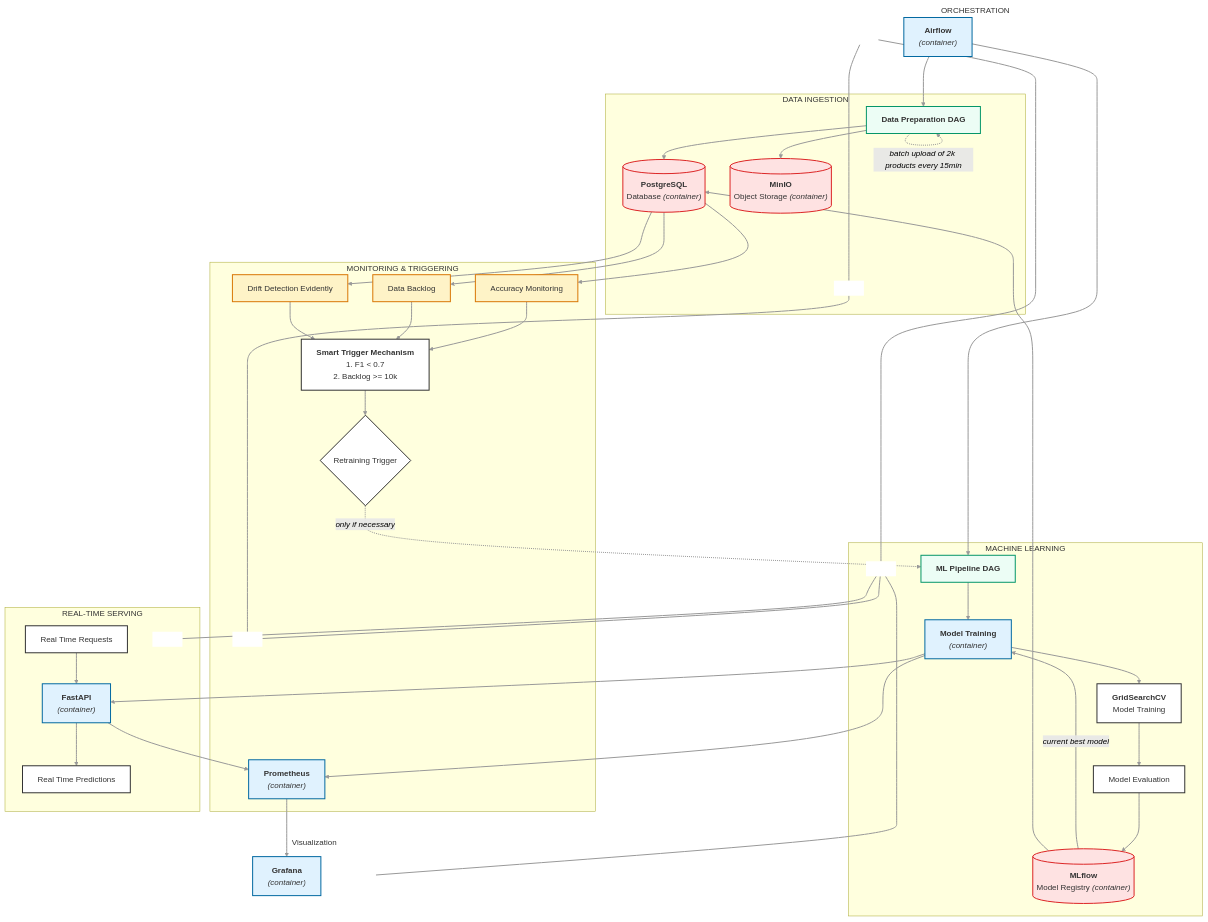
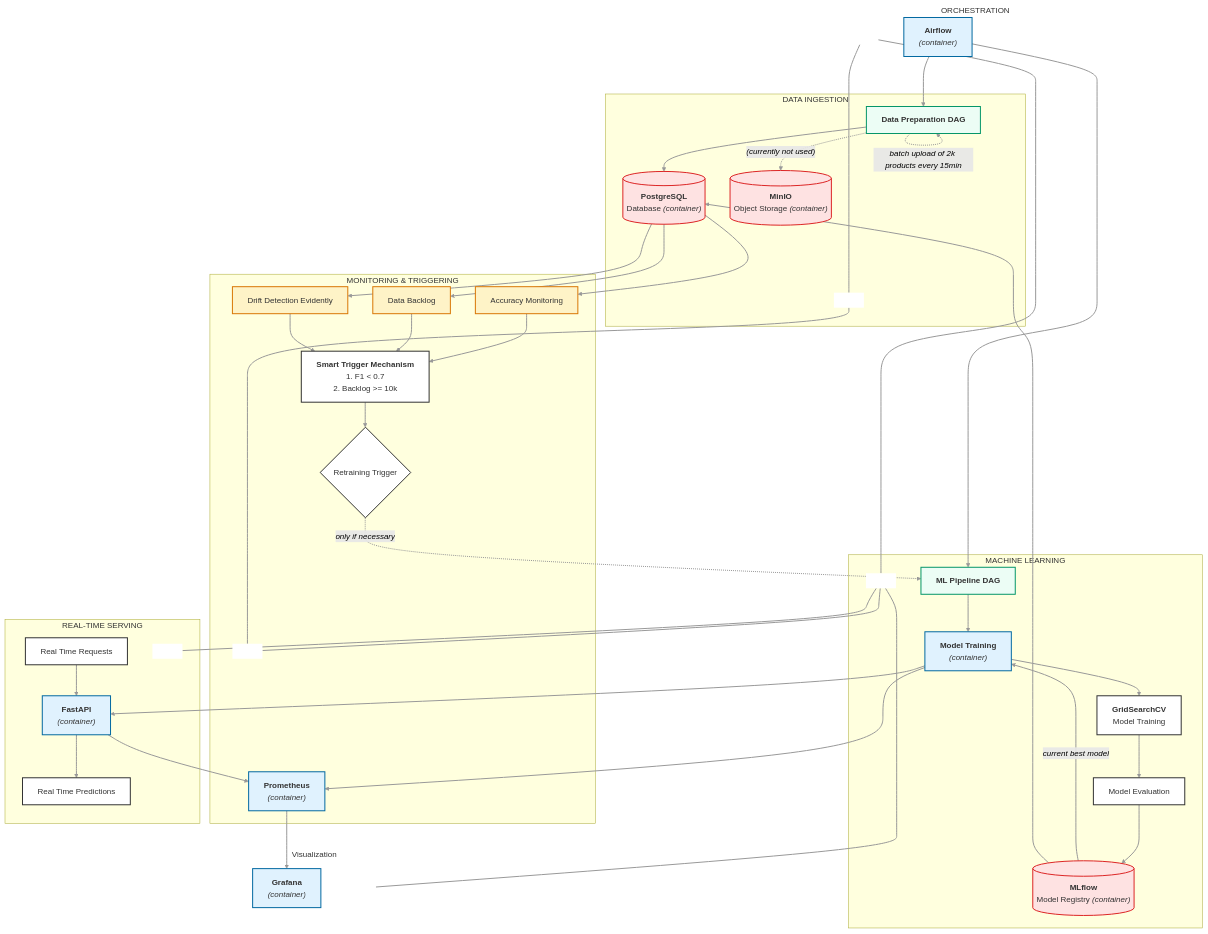
The diagram in containers/rakuten_st/flowcharts/rakuten_mlops_architecture_overview.mermaid (Wilsbert12/ML_OPs_Rakuten_Challenge), drawn with Mermaid before and after one commit. The commit also changed 11 other files, not shown here.

```diff
--- a/containers/rakuten_st/flowcharts/rakuten_mlops_architecture_overview.mermaid
+++ b/containers/rakuten_st/flowcharts/rakuten_mlops_architecture_overview.mermaid
@@ -1,193 +1,185 @@
     graph TD
 
 
         %% ORCHESTRATION [O]
         
         subgraph Orchestration ["`ORCHESTRATION`"]
 
             %% O NODE
 
             Airflow["`**Airflow**
             _(container)_`"]
             
             SpacerO[ ]:::hidden
-
-
         end
 
 
 
 
         %% DATA INGESTION [DI]
         subgraph DataIngestion ["`DATA INGESTION`"]
 
             
             %% DI NODES
             
             DataDAG["`**Data Preparation DAG**`"]
             
             PostgreSQL[("`**PostgreSQL**
             Database _(container)_`")]
             
             MinIO[("`**MinIO**
             Object Storage _(container)_`")]
 
             SpacerDI[ ]:::hidden
             
 
             %% DI EDGES 
             DataDAG -. "`_batch upload of 2k products every 15min_`" .-> DataDAG
-            DataDAG --> PostgreSQL & MinIO
+            DataDAG --> PostgreSQL
+            DataDAG -. "`_(currently not used)_`" .-> MinIO
             Airflow --> DataDAG
-
         end
         
 
 
         %% MONITORING & TRIGGERING [MaT]
 
         subgraph MonitoringTriggering ["`MONITORING & TRIGGERING`"]
 
             %% MaT NODES
 
             Prometheus["`**Prometheus**
             _(container)_`"]
 
             Accuracy["`Accuracy Monitoring`"]
 
             DataBacklog["`Data Backlog`"]
 
             DriftDetection["`Drift Detection Evidently`"]
 
             SmartTrigger["`**Smart Trigger Mechanism**
             1. F1 < 0.7
             2. Backlog >= 10k`"]
             
             RetrainTrigger{"`Retraining Trigger`"}
 
             SpacerMaT[ ]:::hidden
 
 
             %% MaT EDGES
 
             PostgreSQL --> Accuracy & DataBacklog
 
             PostgreSQL --> DriftDetection
             Accuracy --> SmartTrigger
             DataBacklog --> SmartTrigger
             DriftDetection --> SmartTrigger
             SmartTrigger --> RetrainTrigger
-
-
         end
 
 
         %% MACHINE LEARNING [ML]
 
         subgraph MachineLearning ["`MACHINE LEARNING`"]
 
             %% ML NODES
 
             MLDAG["`**ML Pipeline DAG**`"]
 
 
             MLContainer["`**Model Training**
             _(container)_`"]
             
             Training["`**GridSearchCV**
             Model Training`"]
             
             Evaluation["`Model Evaluation`"]
             
             MLflow[("`**MLflow**
             Model Registry _(container)_`")]
 
             SpacerML[ ]:::hidden
             
 
-
             %% ML EDGES
 
             Airflow --> MLDAG
             MLDAG --> MLContainer
             MLContainer --> Prometheus & Training
             Training --> Evaluation
             Evaluation --> MLflow
             MLflow -- "`_current best model_`" --> MLContainer
-
             MLflow --> PostgreSQL
         end
-
-
 
 
         %% REAL-TIME SERVING [RTS]
         subgraph RealTimeServing ["`REAL-TIME SERVING`"]
 
             %% RTS NODES
 
             FastAPI["`**FastAPI**
             _(container)_`"]
 
             RealTimeRequests["`Real Time Requests`"]
             
             RealTimePredictions["`Real Time Predictions`"]
 
             SpacerRTS[ ]:::hidden
             
 
             %% RTS EDGES
             FastAPI --> Prometheus
             RealTimeRequests --> FastAPI
             FastAPI --> RealTimePredictions
             MLContainer --> FastAPI
         end
 
 
         %% Visualization [V]
         subgraph Visualization ["Visualization"]
             
             %% V NODES
 
             Grafana["`**Grafana**
             _(container)_`"]
 
             SpacerV[ ]:::hidden
             
 
             %% V EDGE
             Prometheus --> Grafana
         end
 
         %% LAYOUT: LOCK FLOWCHART
         SpacerO ~~~ SpacerDI & SpacerML
         SpacerDI ~~~ SpacerMaT
         SpacerML ~~~ SpacerMaT
         SpacerML ~~~ SpacerRTS
         SpacerML ~~~ SpacerV
 
         %% LAYOUT: EDGES BETWEEN COMPONENTS
         RetrainTrigger -. "`_only if necessary_`" .-> MLDAG
 
 
         %% STYLING
 
         %% Apply default styles to ALL nodes
         classDef default fill:#FFF,stroke:#333,stroke-width:2px;
 
         %% Apply default styles to ALL edges
         linkStyle default stroke:#999,stroke-width:2px,color:black;
 
         class Orchestration,Visualization invisibleSubgraph
         class MLContainer,FastAPI,Airflow,Prometheus,Grafana container
         class PostgreSQL,MinIO,MLflow storage
         class DataDAG,MLDAG service
         class Accuracy,DataBacklog,DriftDetection monitoring
         class SpacerO,SpacerDI,SpacerMaT,SpacerML,SpacerRTS,SpacerV spacer
 
         classDef invisibleSubgraph fill:transparent,stroke:none,stroke-width:0px;
         classDef container fill:#E0F2FE,stroke:#0369A1,stroke-width:2px
         classDef storage fill:#FEE2E2,stroke:#DC2626,stroke-width:2px
         classDef service fill:#ECFDF5,stroke:#059669,stroke-width:2px
         classDef monitoring fill:#FEF3C7,stroke:#D97706,stroke-width:2px
         classDef spacer fill:#FFF,stroke:#FFF,stroke-width:0px
```
